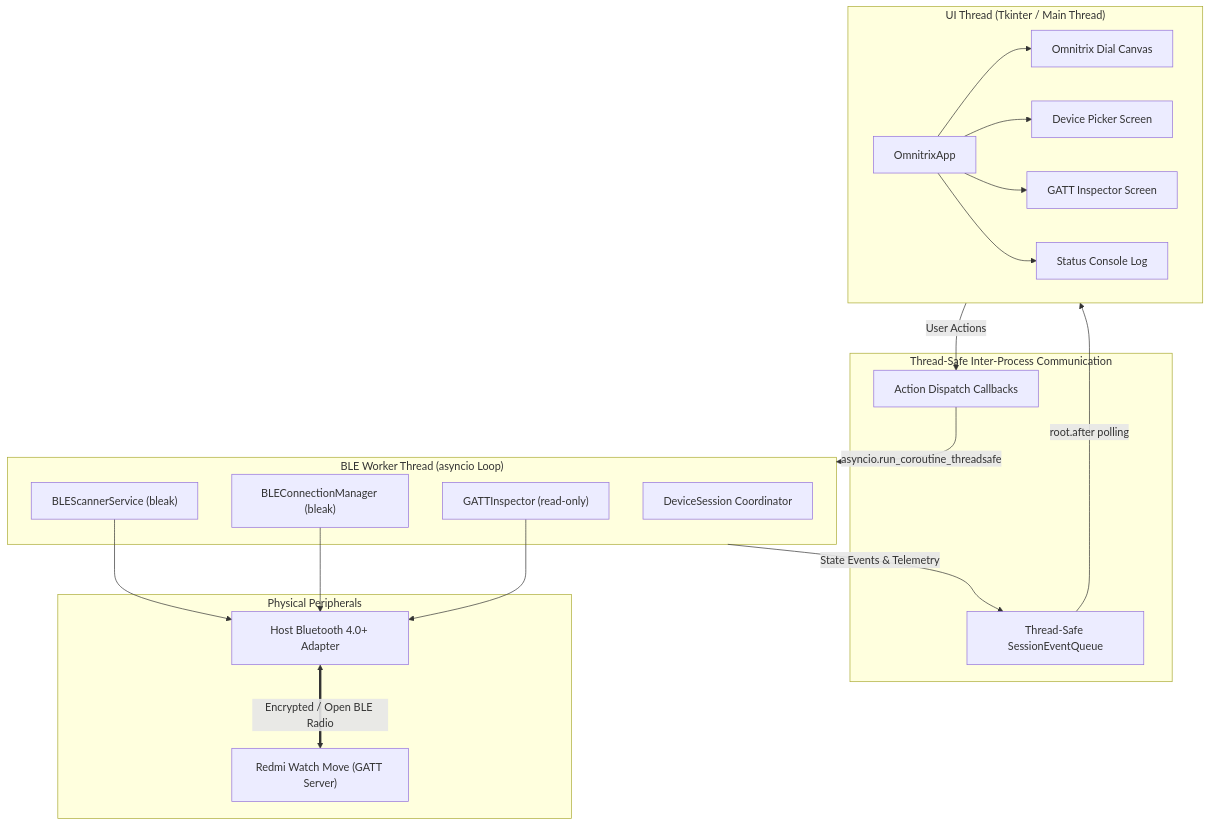
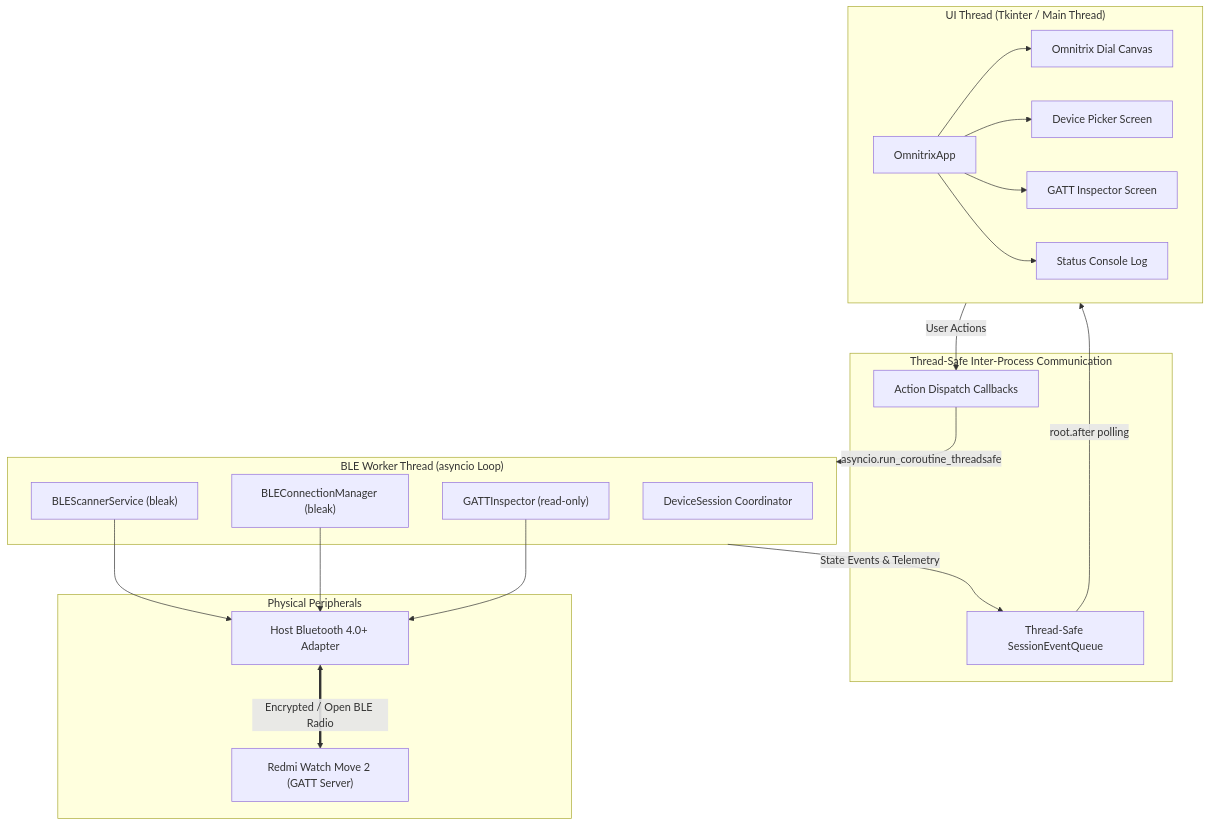
The second of 2 diagrams in README.md (harshar007/omniwatch), drawn with Mermaid before and after one commit. The commit also changed other lines of this file and 25 other files, not shown here.

Commit message:
feat: Add ultra-lightweight Omnitrix sound subsystem and Redmi Watch Move 2 watch face builder

````diff
--- a/README.md
+++ b/README.md
@@ -195,36 +208,36 @@
 ```mermaid
 graph TD
     subgraph UI_Thread["UI Thread (Tkinter / Main Thread)"]
         A["OmnitrixApp"] --> B["Omnitrix Dial Canvas"]
         A --> C["Device Picker Screen"]
         A --> D["GATT Inspector Screen"]
         A --> E["Status Console Log"]
     end
 
     subgraph IPC["Thread-Safe Inter-Process Communication"]
         Q1["Action Dispatch Callbacks"]
         Q2["Thread-Safe SessionEventQueue"]
     end
 
     subgraph Async_Worker["BLE Worker Thread (asyncio Loop)"]
         F["DeviceSession Coordinator"]
         G["BLEScannerService (bleak)"]
         H["BLEConnectionManager (bleak)"]
         I["GATTInspector (read-only)"]
     end
 
     subgraph Hardware["Physical Peripherals"]
         J["Host Bluetooth 4.0+ Adapter"]
-        K["Redmi Watch Move (GATT Server)"]
+        K["Redmi Watch Move 2 (GATT Server)"]
     end
 
     UI_Thread -->|User Actions| Q1
     Q1 -->|asyncio.run_coroutine_threadsafe| Async_Worker
     Async_Worker -->|State Events & Telemetry| Q2
     Q2 -->|root.after polling| UI_Thread
 
     G --> J
     H --> J
     I --> J
     J <==>|Encrypted / Open BLE Radio| K
 ```
````
